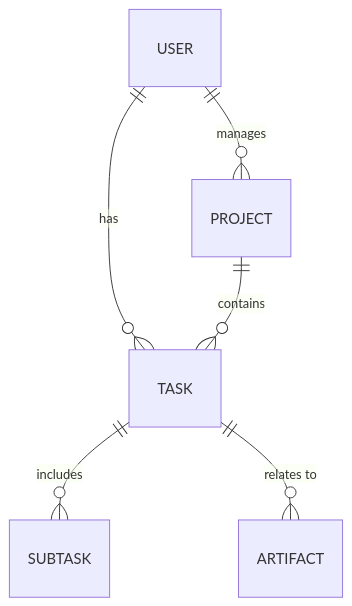
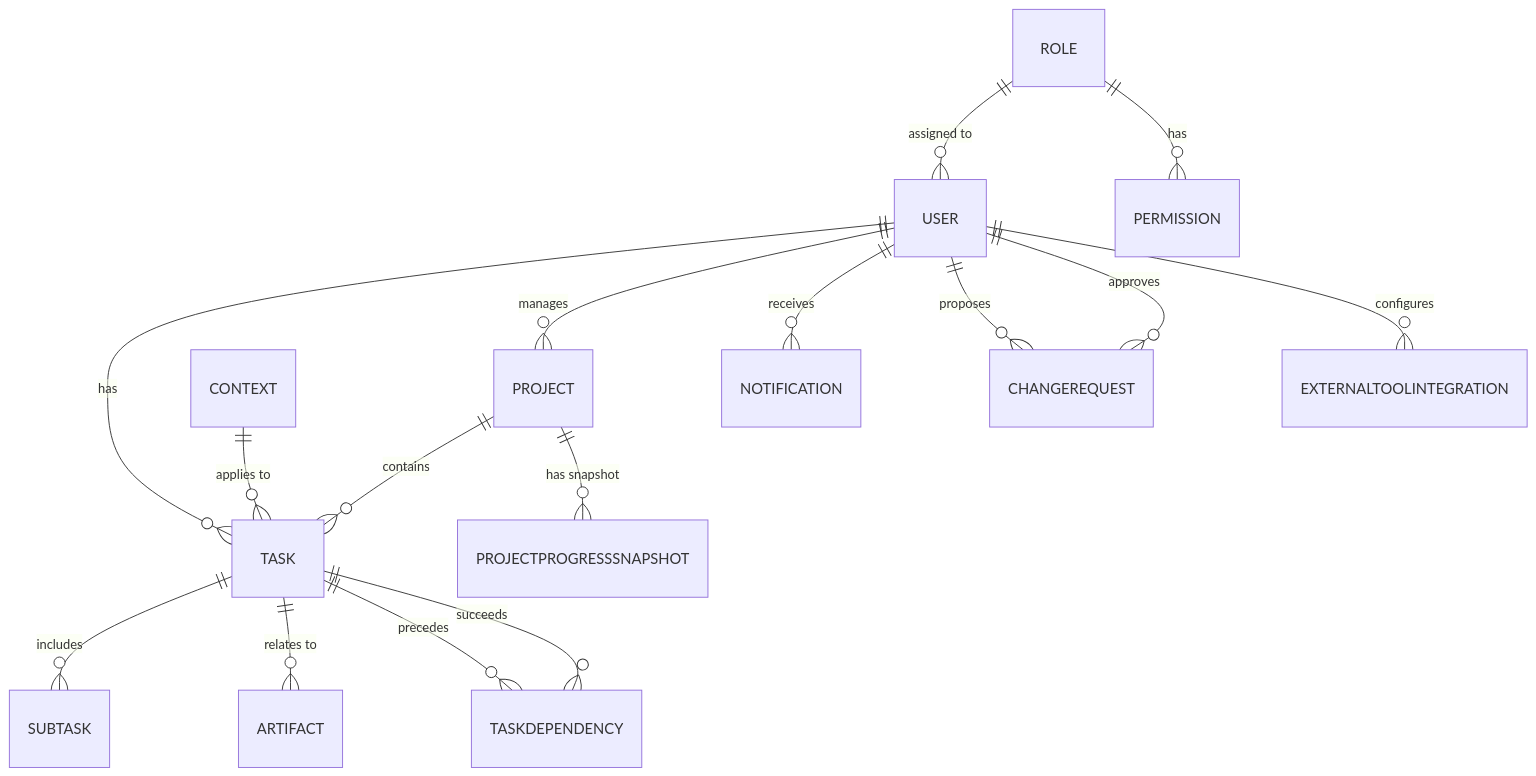
One commit to mahitotsu/tas9s10ream changed the second of 4 diagrams in docs/data-model/data-model.md. Above: the diagram before and after it, drawn with Mermaid. The commit also changed other lines of this file and 12 other files, not shown here.

````diff
--- a/docs/data-model/data-model.md
+++ b/docs/data-model/data-model.md
@@ -53,8 +69,18 @@
 ```mermaid
 erDiagram
     USER ||--o{ TASK : "has"
     TASK ||--o{ SUBTASK : "includes"
     PROJECT ||--o{ TASK : "contains"
     TASK ||--o{ ARTIFACT : "relates to"
     USER ||--o{ PROJECT : "manages"
+    CONTEXT ||--o{ TASK : "applies to"
+    USER ||--o{ NOTIFICATION : "receives"
+    USER ||--o{ CHANGEREQUEST : "proposes"
+    USER ||--o{ CHANGEREQUEST : "approves"
+    ROLE ||--o{ USER : "assigned to"
+    ROLE ||--o{ PERMISSION : "has"
+    TASK ||--o{ TASKDEPENDENCY : "precedes"
+    TASK ||--o{ TASKDEPENDENCY : "succeeds"
+    PROJECT ||--o{ PROJECTPROGRESSSNAPSHOT : "has snapshot"
+    USER ||--o{ EXTERNALTOOLINTEGRATION : "configures"
 ```
````
